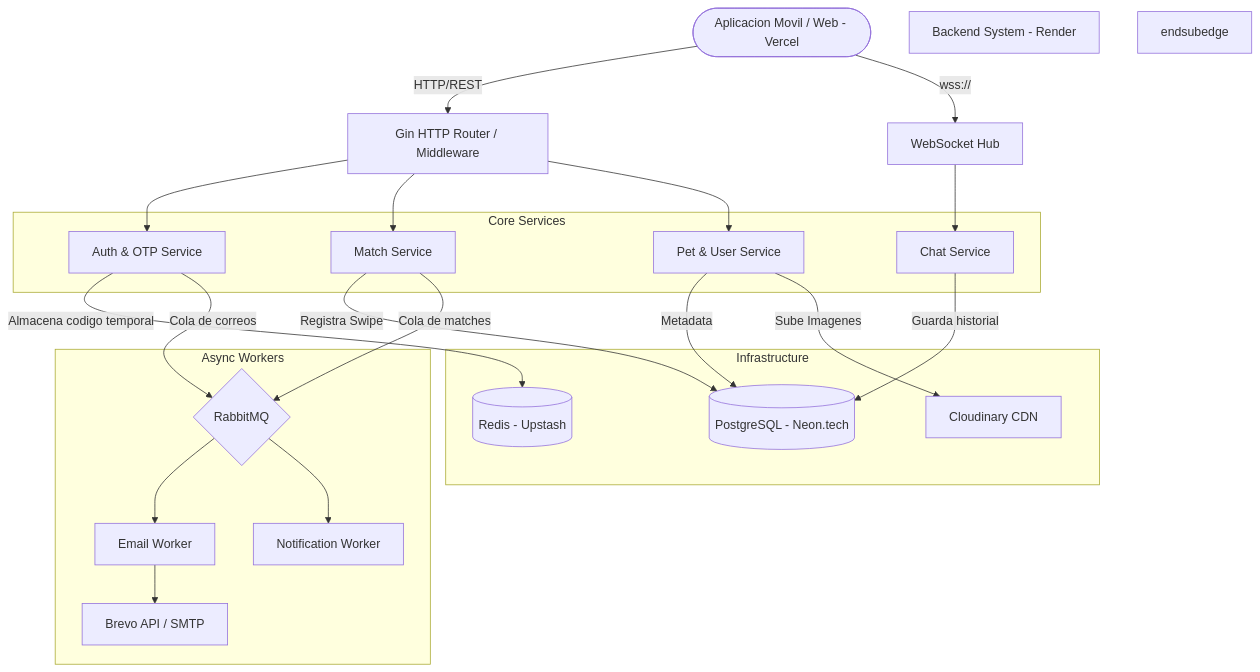
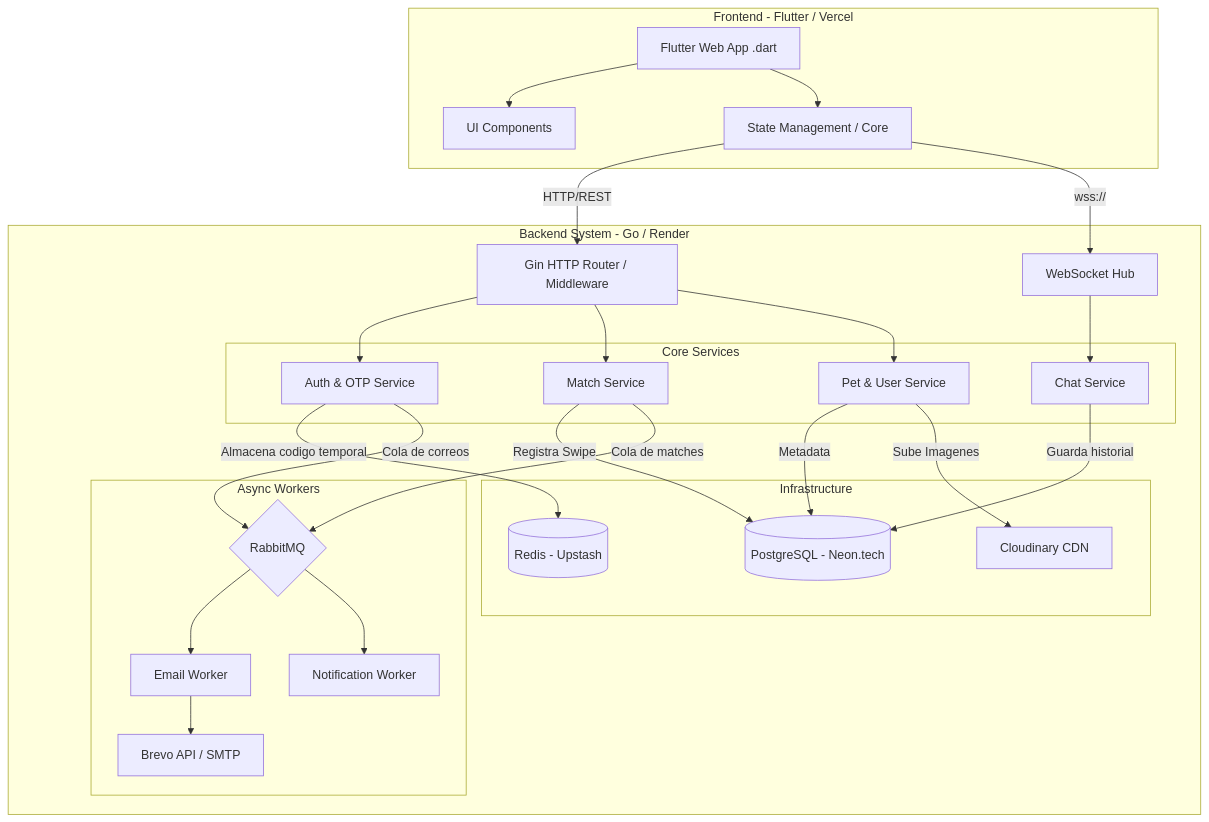
One commit to RicketyMajor/PAWS-2.0 changed the diagram in README.md. Above: the diagram before and after it, drawn with Mermaid. The commit also changed other lines of this file, not shown here.

Commit message:
docs: add Flutter frontend to architecture and directory structure

````diff
--- a/README.md
+++ b/README.md
@@ -56,50 +60,57 @@
 ```mermaid
 graph TD
-    User([Aplicacion Movil / Web - Vercel])
+    subgraph Frontend - Flutter / Vercel
+        App[Flutter Web App .dart]
+        UI[UI Components]
+        State[State Management / Core]
+        App --> UI
+        App --> State
+    end
 
-    subedge[Backend System - Render]
+    subgraph Backend System - Go / Render
         API[Gin HTTP Router / Middleware]
         WS[WebSocket Hub]
         
         subgraph Core Services
             Auth[Auth & OTP Service]
             Match[Match Service]
             Chat[Chat Service]
             Pet[Pet & User Service]
         end
 
         subgraph Infrastructure
             DB[(PostgreSQL - Neon.tech)]
             Redis[(Redis - Upstash)]
             Cloudinary[Cloudinary CDN]
         end
 
         subgraph Async Workers
             RabbitMQ{RabbitMQ}
             Worker1[Email Worker]
             Worker2[Notification Worker]
             Brevo[Brevo API / SMTP]
         end
-    endsubedge
+    end
 
-    User -- HTTP/REST --> API
-    User -- wss:// --> WS
+    %% Conexiones Cliente-Servidor
+    State -- HTTP/REST --> API
+    State -- wss:// --> WS
 
+    %% Flujo Interno del Backend
     API --> Auth
     API --> Match
     API --> Pet
-    
     WS --> Chat
 
     Auth -- Almacena codigo temporal --> Redis
     Match -- Registra Swipe --> DB
     Chat -- Guarda historial --> DB
     Pet -- Metadata --> DB
     Pet -- Sube Imagenes --> Cloudinary
 
     Auth -- Cola de correos --> RabbitMQ
     Match -- Cola de matches --> RabbitMQ
     RabbitMQ --> Worker1
     RabbitMQ --> Worker2
     Worker1 --> Brevo
 ```
````
